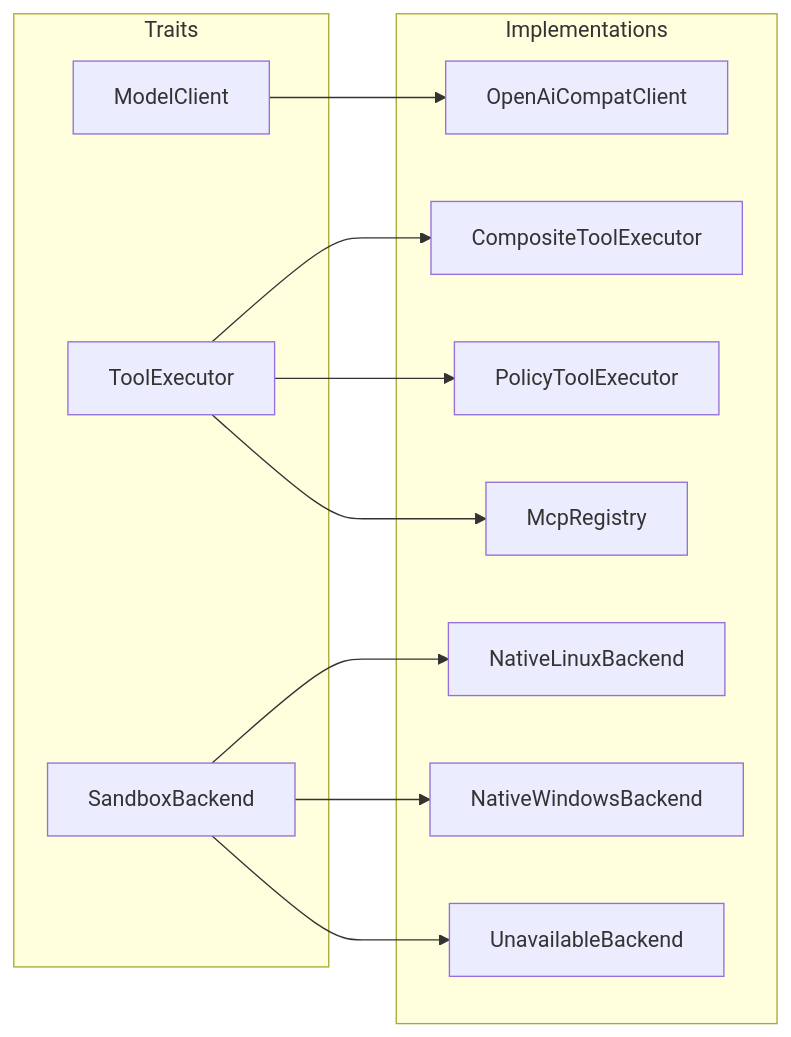
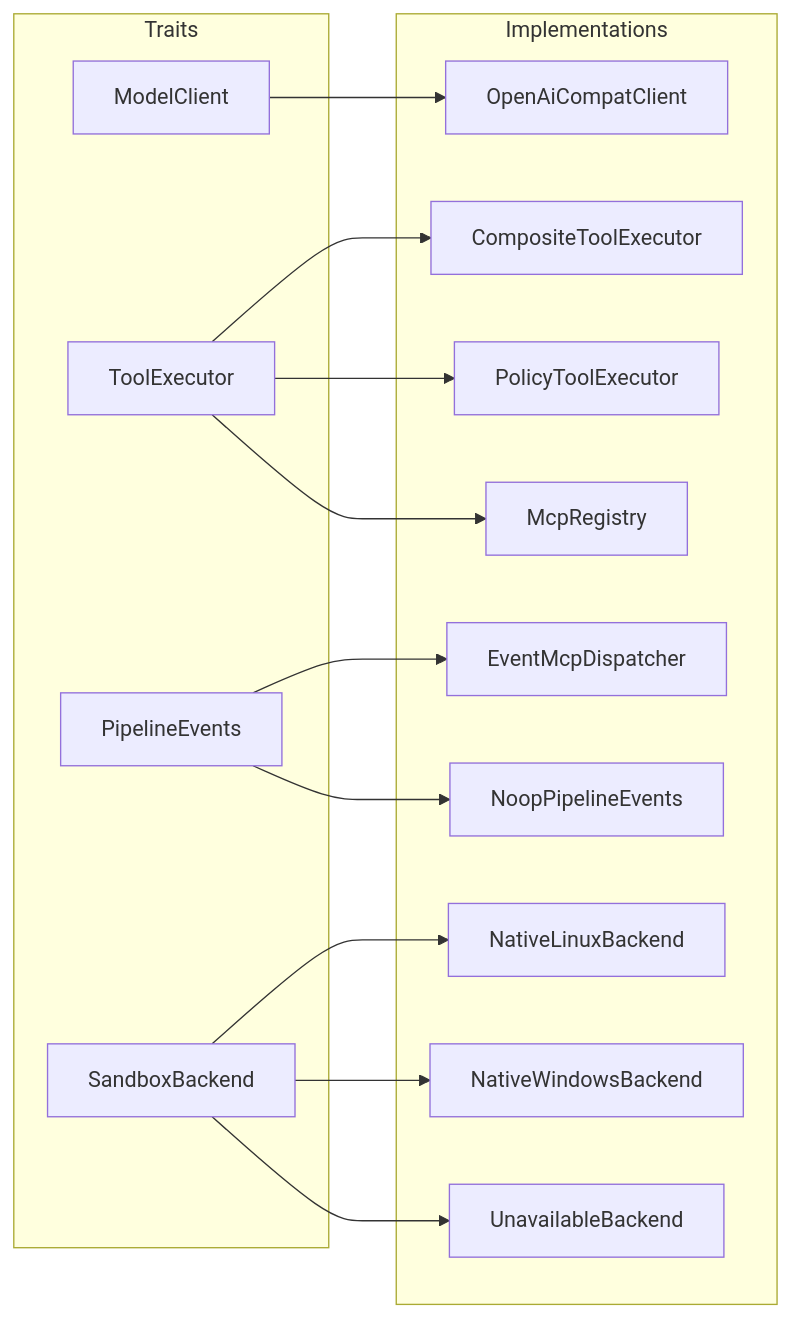
Before and after one commit to gazalievtimur/Agent-Kuibysheff: the third of 4 diagrams in docs/ARCHITECTURE.md, drawn with Mermaid. The commit also changed other lines of this file and 14 other files, not shown here.

First line of the commit message:
Add ordered Event-MCP middleware hooks

````diff
--- a/docs/ARCHITECTURE.md
+++ b/docs/ARCHITECTURE.md
@@ -161,26 +169,31 @@
 ```mermaid
 flowchart LR
     subgraph traits [Traits]
         MC[ModelClient]
         TE[ToolExecutor]
+        PI[PipelineEvents]
         SB[SandboxBackend]
     end
 
     subgraph impls [Implementations]
         OC[OpenAiCompatClient]
         CE[CompositeToolExecutor]
         PE[PolicyToolExecutor]
         MR[McpRegistry]
+        EM[EventMcpDispatcher]
+        NE[NoopPipelineEvents]
         NL[NativeLinuxBackend]
         NW[NativeWindowsBackend]
         UB[UnavailableBackend]
     end
 
     MC --> OC
     TE --> CE
     TE --> PE
     TE --> MR
+    PI --> EM
+    PI --> NE
     SB --> NL
     SB --> NW
     SB --> UB
 ```
````
